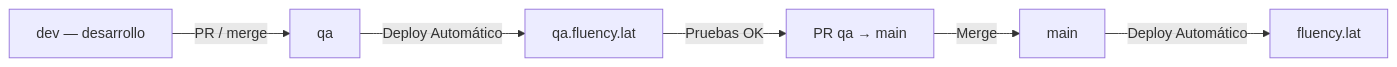
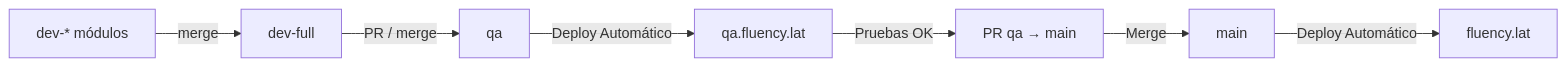
The diagram in docs/QA_TO_PROD_FLOW.md (jcoronado1982/http-fluency.lat), drawn with Mermaid before and after one commit. The commit also changed other lines of this file and 7 other files, not shown here.

````diff
--- a/docs/QA_TO_PROD_FLOW.md
+++ b/docs/QA_TO_PROD_FLOW.md
@@ -11,8 +11,9 @@
 ```mermaid
 graph LR
-    Dev[dev — desarrollo] -->|PR / merge| QA_Branch[qa]
+    Dev[dev-* módulos] -->|merge| DevFull[dev-full]
+    DevFull -->|PR / merge| QA_Branch[qa]
     QA_Branch -->|Deploy Automático| QA_Env[qa.fluency.lat]
     QA_Env -->|Pruebas OK| PR[PR qa → main]
     PR -->|Merge| Main_Branch[main]
     Main_Branch -->|Deploy Automático| Prod_Env[fluency.lat]
 ```
````
